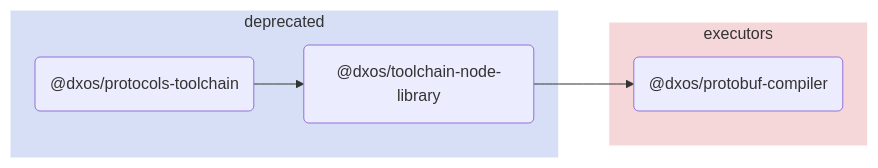
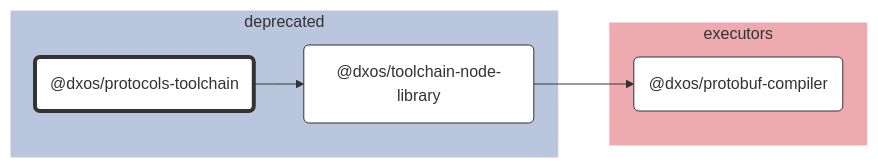
The diagram in tools/deprecated/protocols-toolchain/docs/README.md (dxos/dxos), drawn with Mermaid before and after one commit. The commit also changed other lines of this file and 89 other files, not shown here.

````diff
--- a/tools/deprecated/protocols-toolchain/docs/README.md
+++ b/tools/deprecated/protocols-toolchain/docs/README.md
@@ -5,17 +7,38 @@
 ```mermaid
-flowchart LR;
+%%{ init: {'flowchart':{'curve':'basis'}} }%%
 
+flowchart LR
+
+%% Links
+dxos/protocols-toolchain --> dxos/toolchain-node-library;
+dxos/toolchain-node-library --> dxos/protobuf-compiler;
+
+%% Sections
 subgraph deprecated
-  style deprecated fill:#d6dff5,stroke:#fff;
-  dxos/protocols-toolchain("@dxos/protocols-toolchain");
-  dxos/toolchain-node-library("@dxos/toolchain-node-library");
+  style deprecated fill:#bac5de,stroke:#fff;
+
+  dxos/protocols-toolchain("@dxos/protocols-toolchain")
+  dxos/toolchain-node-library("@dxos/toolchain-node-library")
 end
 
 subgraph executors
-  style executors fill:#f5d6d9,stroke:#fff;
-  dxos/protobuf-compiler("@dxos/protobuf-compiler");
+  style executors fill:#edabb0,stroke:#fff;
+
+  dxos/protobuf-compiler("@dxos/protobuf-compiler")
 end
 
-dxos/protocols-toolchain --> dxos/toolchain-node-library;
-dxos/toolchain-node-library --> dxos/protobuf-compiler;
+
+%% Hyperlinks
+click dxos/protobuf-compiler "dxos/dxos/tree/main/tools/executors/protobuf-compiler/docs";
+click dxos/toolchain-node-library "dxos/dxos/tree/main/tools/deprecated/toolchain-node-library/docs";
+
+%% Styles
+classDef rootNode fill:#fff,stroke:#333,stroke-width:4px
+classDef defaultNode fill:#fff,stroke:#333,stroke-width:1px
+linkStyle default stroke:#333,stroke-width:1px
+
+dxos/protocols-toolchain:::rootNode
+
+dxos/protobuf-compiler:::defaultNode
+dxos/toolchain-node-library:::defaultNode
 ```
````
